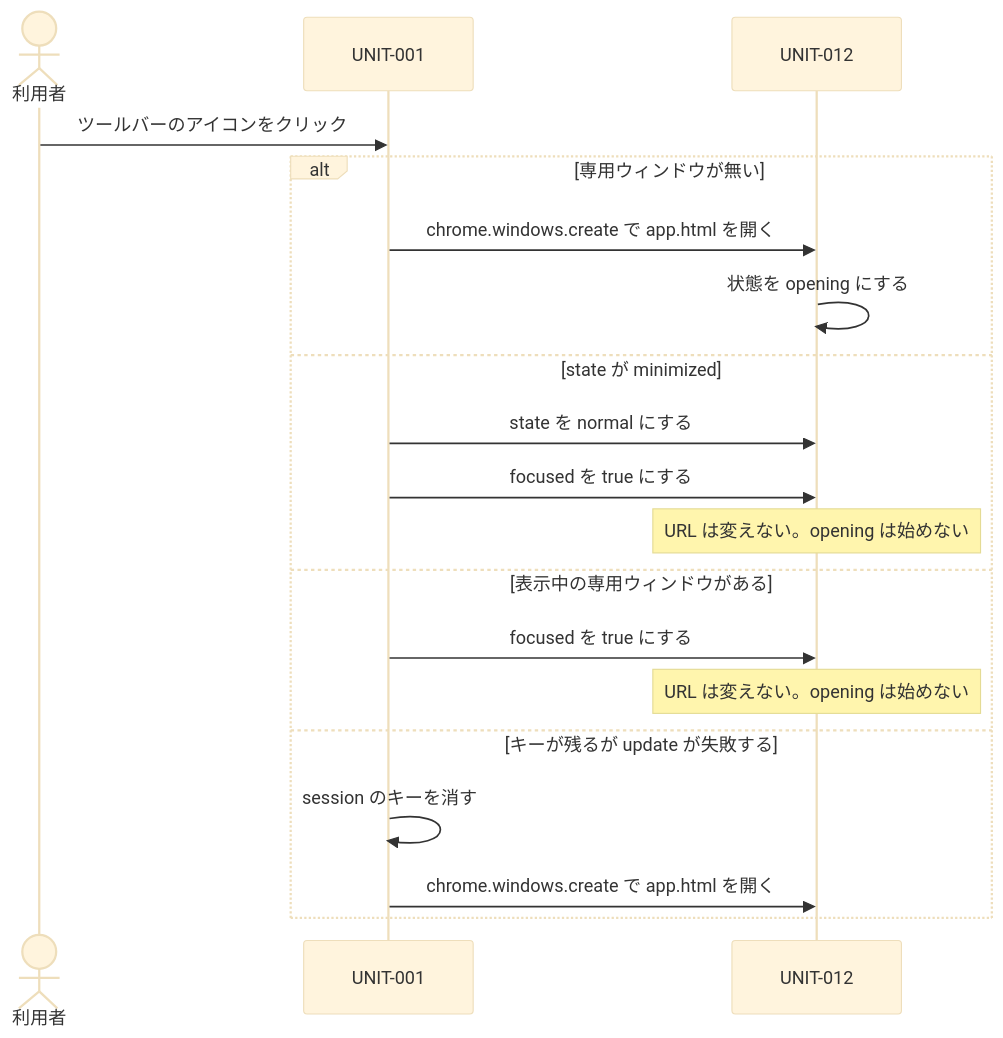
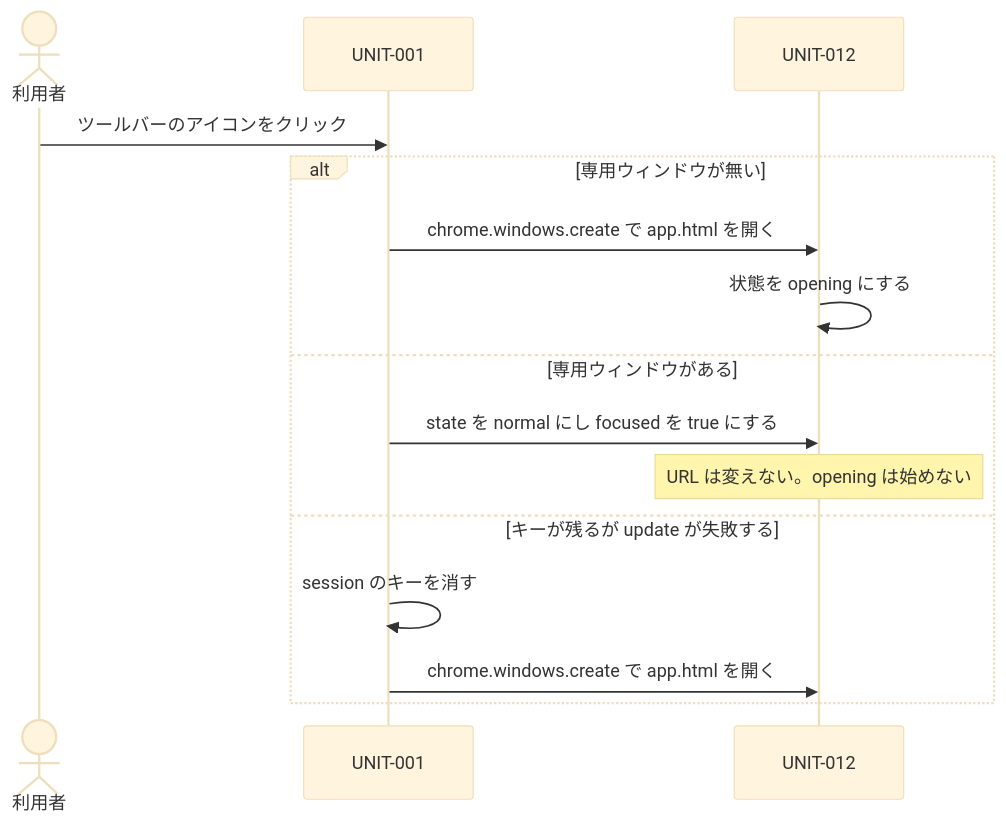
The fourth of 5 diagrams in docs/artifacts/SW205_ソフトウェアアーキテクチャ設計書.md (yamaPiT/ColorBeaconTimer), drawn with Mermaid (base theme) before and after one commit. The commit also changed other lines of this file and 1 other file, not shown here.

````diff
--- a/docs/artifacts/SW205_ソフトウェアアーキテクチャ設計書.md
+++ b/docs/artifacts/SW205_ソフトウェアアーキテクチャ設計書.md
@@ -290,21 +290,17 @@
 ```mermaid
 sequenceDiagram
   actor User as 利用者
   participant SW as UNIT-001
   participant Page as UNIT-012
   User->>SW: ツールバーのアイコンをクリック
   alt 専用ウィンドウが無い
     SW->>Page: chrome.windows.create で app.html を開く
     Page->>Page: 状態を opening にする
-  else state が minimized
-    SW->>Page: state を normal にする
-    SW->>Page: focused を true にする
-    Note over Page: URL は変えない。opening は始めない
-  else 表示中の専用ウィンドウがある
-    SW->>Page: focused を true にする
+  else 専用ウィンドウがある
+    SW->>Page: state を normal にし focused を true にする
     Note over Page: URL は変えない。opening は始めない
   else キーが残るが update が失敗する
     SW->>SW: session のキーを消す
     SW->>Page: chrome.windows.create で app.html を開く
   end
 ```
````
